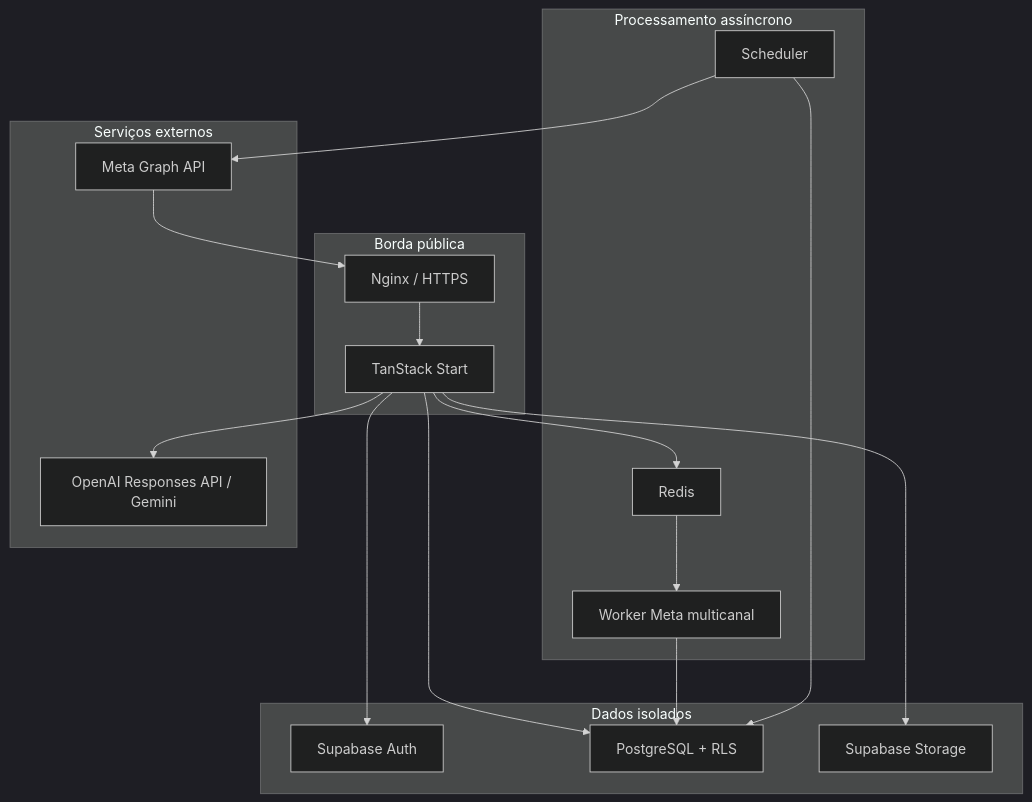
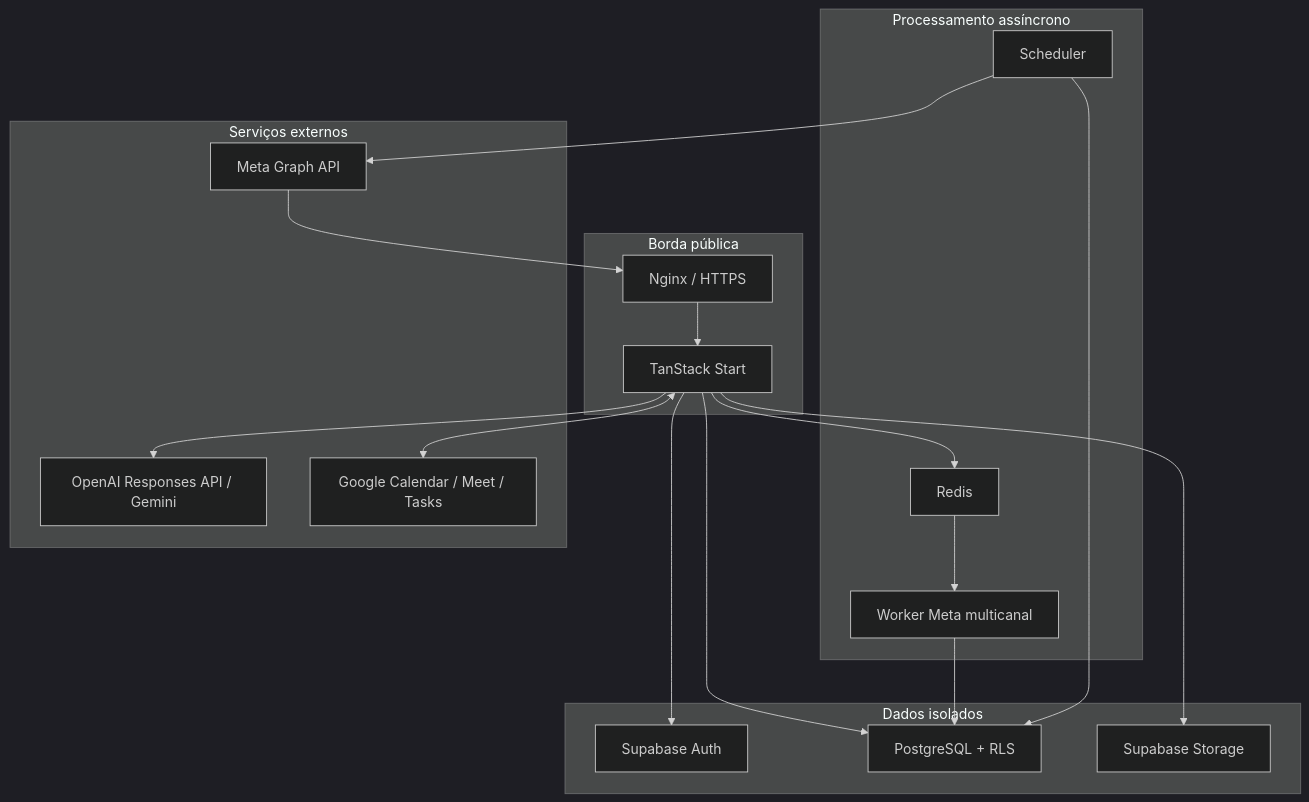
Before and after one commit to ShunWalChin/WalChat: the first of 2 diagrams in docs/ARQUITETURA.md, drawn with Mermaid (dark theme). The commit also changed other lines of this file and 44 other files, not shown here.

Commit message:
Build operational Google-integrated calendar

````diff
--- a/docs/ARQUITETURA.md
+++ b/docs/ARQUITETURA.md
@@ -9,33 +9,35 @@
 ```mermaid
 flowchart TB
     subgraph Publico["Borda pública"]
       Nginx["Nginx / HTTPS"]
       App["TanStack Start"]
     end
     subgraph Async["Processamento assíncrono"]
       Redis["Redis"]
       WebhookWorker["Worker Meta multicanal"]
       Scheduler["Scheduler"]
     end
     subgraph Dados["Dados isolados"]
       Auth["Supabase Auth"]
       DB["PostgreSQL + RLS"]
       Storage["Supabase Storage"]
     end
     subgraph Externos["Serviços externos"]
       Meta["Meta Graph API"]
       AI["OpenAI Responses API / Gemini"]
+      Google["Google Calendar / Meet / Tasks"]
     end
 
     Nginx --> App
     App --> Auth
     App --> DB
     App --> AI
+    App <--> Google
     Meta --> Nginx
     App --> Redis
     Redis --> WebhookWorker
     WebhookWorker --> DB
     Scheduler --> DB
     Scheduler --> Meta
     App --> Storage
 ```
````
